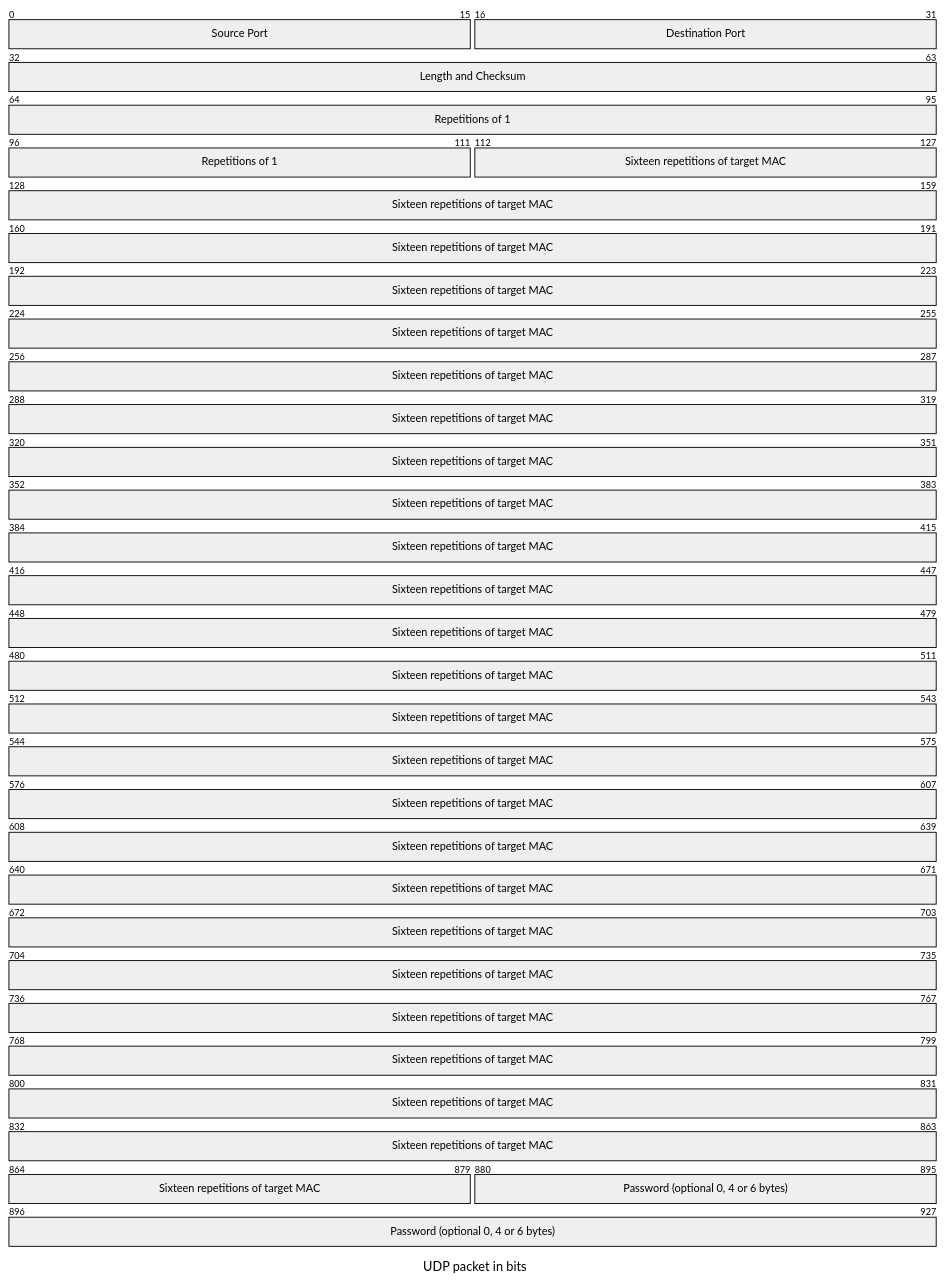
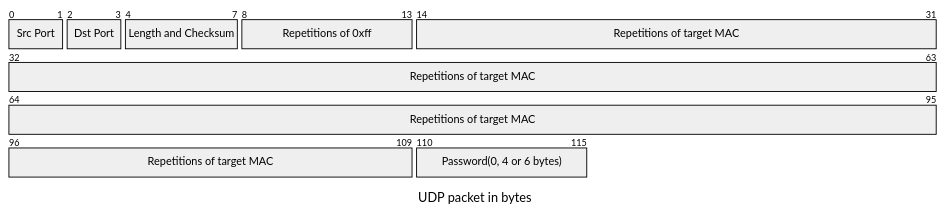
The diagram in doc/wol/Wake-on-LAN-HLD.md (sonic-net/SONiC), drawn with Mermaid before and after one commit.

````diff
--- a/doc/wol/Wake-on-LAN-HLD.md
+++ b/doc/wol/Wake-on-LAN-HLD.md
@@ -107,12 +107,14 @@
 ```mermaid
 ---
-title: UDP packet in bits
+config:
+    bitsPerRow: 64
+title: UDP packet in bytes
 ---
 packet-beta
-0-15: "Source Port"
-16-31: "Destination Port"
-32-63: "Length and Checksum"
-64-111: "Repetitions of 1"
-112-879: "Sixteen repetitions of target MAC"
-880-927: "Password (optional 0, 4 or 6 bytes)"
+0-1: "Src Port"
+2-3: "Dst Port"
+4-7: "Length and Checksum"
+8-13: "Repetitions of 0xff"
+14-109: "Repetitions of target MAC"
+110-115: "Password(0, 4 or 6 bytes)"
 ```
````
